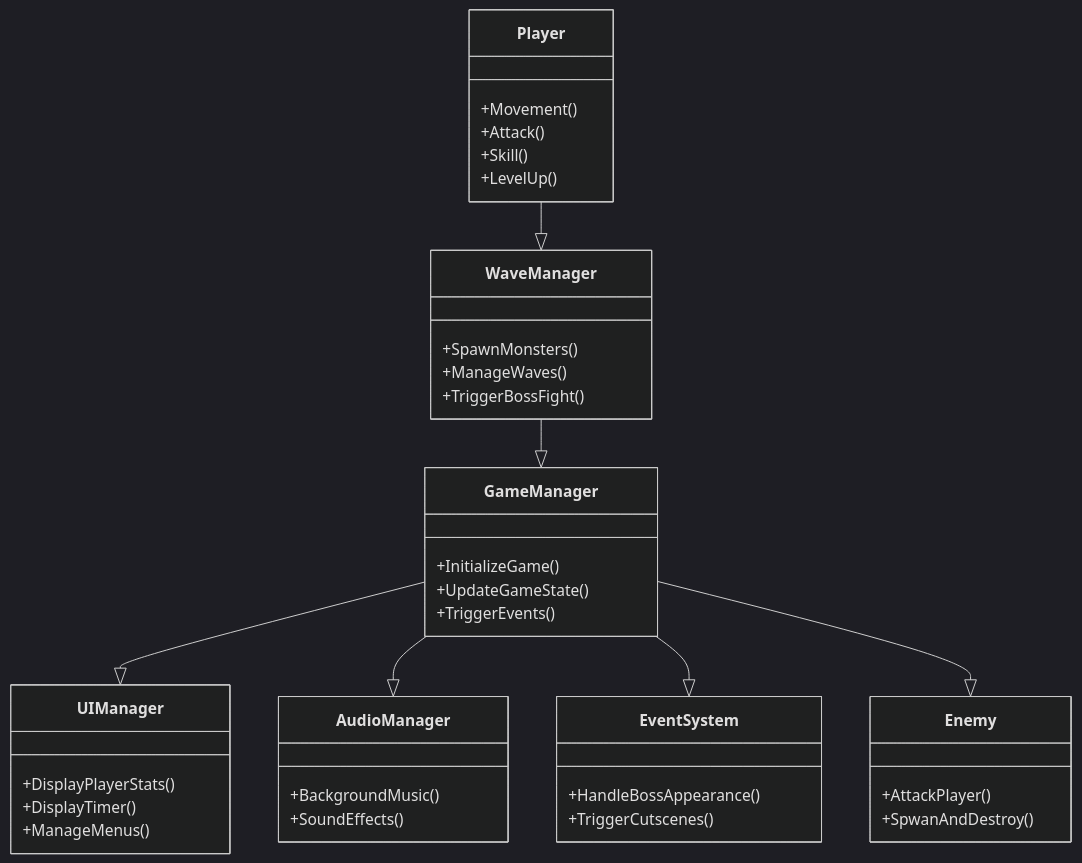
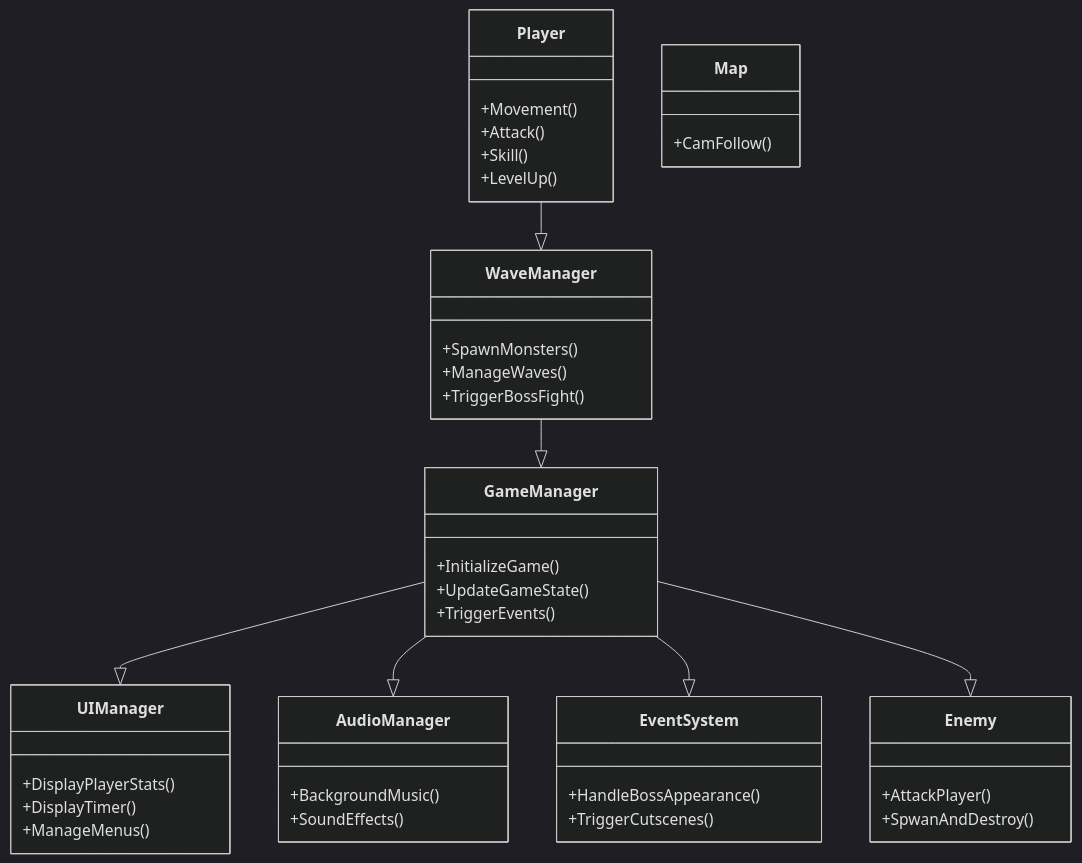
The diagram in docs/ClassDiagram.md (Ogamdo/IamTellingMom), drawn with Mermaid (dark theme) before and after one commit.

````diff
--- a/docs/ClassDiagram.md
+++ b/docs/ClassDiagram.md
@@ -1,43 +1,46 @@
 ```mermaid
 classDiagram
     class Player {
         +Movement()
         +Attack()
         +Skill()
         +LevelUp()
     }
     class WaveManager {
         +SpawnMonsters()
         +ManageWaves()
         +TriggerBossFight()
     }
     class GameManager {
         +InitializeGame()
         +UpdateGameState()
         +TriggerEvents()
     }
     class UIManager {
         +DisplayPlayerStats()
         +DisplayTimer()
         +ManageMenus()
     }
     class AudioManager {
         +BackgroundMusic()
         +SoundEffects()
     }
     class EventSystem {
         +HandleBossAppearance()
         +TriggerCutscenes()
     }
     class Enemy{
         +AttackPlayer()
         +SpwanAndDestroy()
     }
+    class Map{
+        +CamFollow()
+    }
 
     Player --|> WaveManager
     WaveManager --|> GameManager
     GameManager --|> UIManager
     GameManager --|> AudioManager
     GameManager --|> EventSystem
     GameManager --|> Enemy
 ```
````
